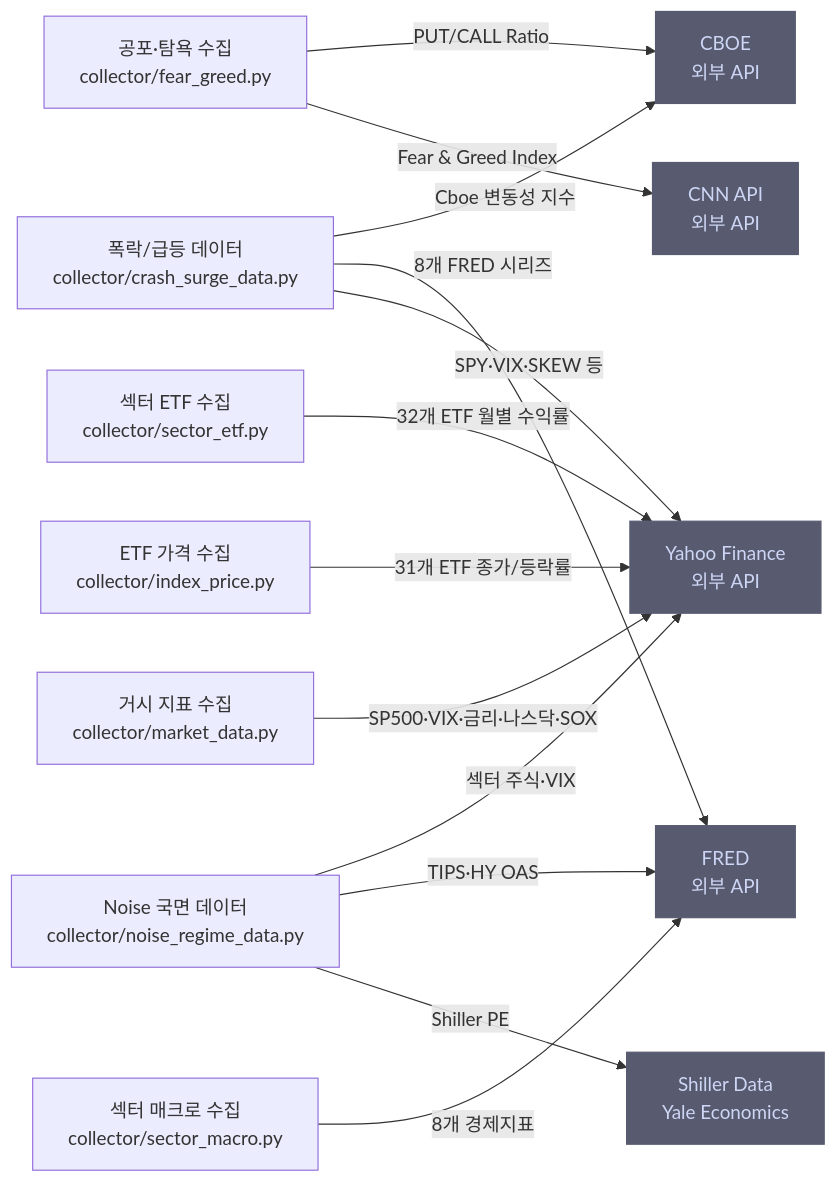
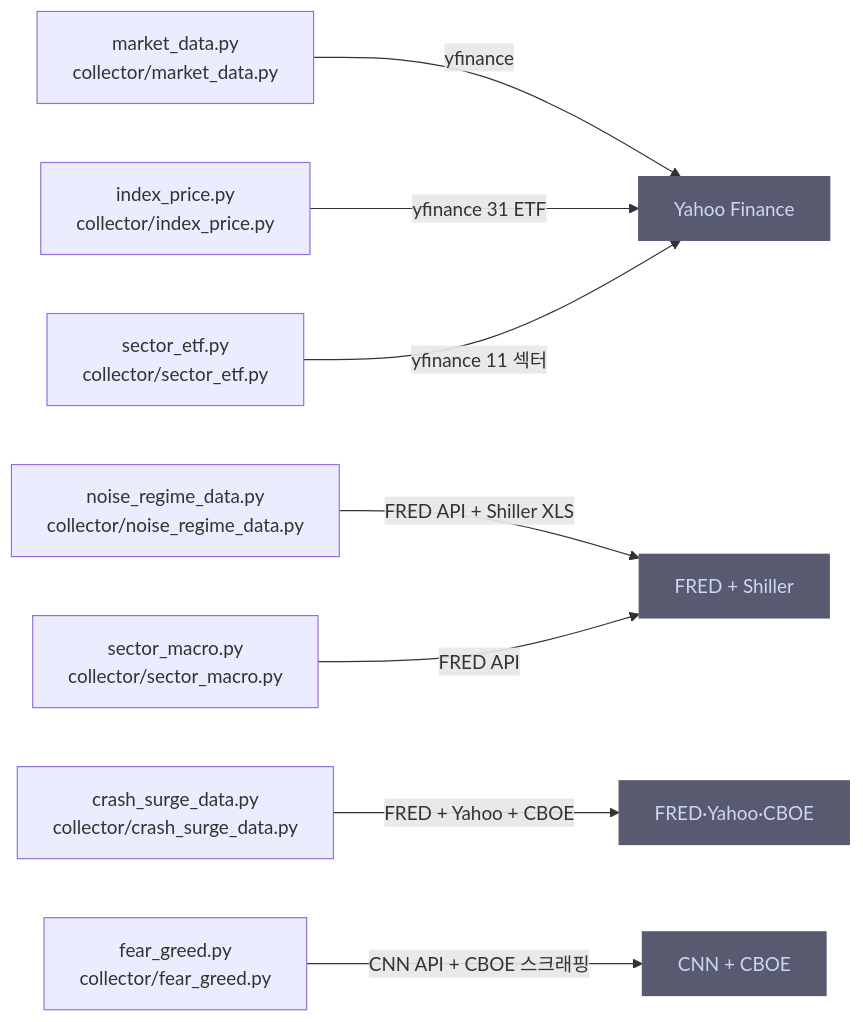
One commit to wonderfulawsome/Asset-Analysis-Platform changed the diagram in .omm/overall-architecture/collector-layer/diagram.mmd. Above: the diagram before and after it, drawn with Mermaid. The commit also changed 121 other files, not shown here.

```diff
--- a/.omm/overall-architecture/collector-layer/diagram.mmd
+++ b/.omm/overall-architecture/collector-layer/diagram.mmd
@@ -1,30 +1,19 @@
 graph LR
-    market-data["거시 지표 수집\ncollector/market_data.py"]
-    fear-greed["공포·탐욕 수집\ncollector/fear_greed.py"]
-    index-price["ETF 가격 수집\ncollector/index_price.py"]
-    sector-macro["섹터 매크로 수집\ncollector/sector_macro.py"]
-    sector-etf["섹터 ETF 수집\ncollector/sector_etf.py"]
-    noise-regime-data["Noise 국면 데이터\ncollector/noise_regime_data.py"]
-    crash-surge-data["폭락/급등 데이터\ncollector/crash_surge_data.py"]
+    market-data["market_data.py\ncollector/market_data.py"]
+    noise-regime-data["noise_regime_data.py\ncollector/noise_regime_data.py"]
+    crash-surge-data["crash_surge_data.py\ncollector/crash_surge_data.py"]
+    index-price["index_price.py\ncollector/index_price.py"]
+    fear-greed["fear_greed.py\ncollector/fear_greed.py"]
+    sector-macro["sector_macro.py\ncollector/sector_macro.py"]
+    sector-etf["sector_etf.py\ncollector/sector_etf.py"]
 
-    yahoo["Yahoo Finance\n외부 API"]
-    fred["FRED\n외부 API"]
-    cnn["CNN API\n외부 API"]
-    cboe["CBOE\n외부 API"]
-    shiller["Shiller Data\nYale Economics"]
-
-    market-data -->|"SP500·VIX·금리·나스닥·SOX"| yahoo
-    fear-greed -->|"Fear & Greed Index"| cnn
-    fear-greed -->|"PUT/CALL Ratio"| cboe
-    index-price -->|"31개 ETF 종가/등락률"| yahoo
-    sector-macro -->|"8개 경제지표"| fred
-    sector-etf -->|"32개 ETF 월별 수익률"| yahoo
-    noise-regime-data -->|"Shiller PE"| shiller
-    noise-regime-data -->|"TIPS·HY OAS"| fred
-    noise-regime-data -->|"섹터 주식·VIX"| yahoo
-    crash-surge-data -->|"SPY·VIX·SKEW 등"| yahoo
-    crash-surge-data -->|"8개 FRED 시리즈"| fred
-    crash-surge-data -->|"Cboe 변동성 지수"| cboe
+    market-data -->|"yfinance"| yahoo["Yahoo Finance"]
+    noise-regime-data -->|"FRED API + Shiller XLS"| fred-shiller["FRED + Shiller"]
+    crash-surge-data -->|"FRED + Yahoo + CBOE"| multi["FRED·Yahoo·CBOE"]
+    index-price -->|"yfinance 31 ETF"| yahoo
+    fear-greed -->|"CNN API + CBOE 스크래핑"| cnn-cboe["CNN + CBOE"]
+    sector-macro -->|"FRED API"| fred-shiller
+    sector-etf -->|"yfinance 11 섹터"| yahoo
 
     classDef external fill:#585b70,stroke:#585b70,color:#cdd6f4
-    class yahoo,fred,cnn,cboe,shiller external
+    class yahoo,fred-shiller,multi,cnn-cboe external
```
